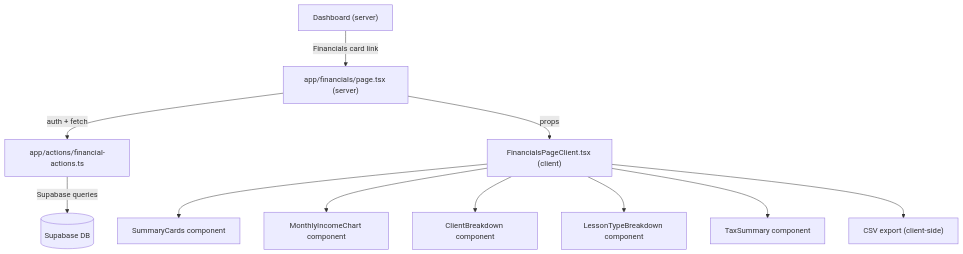
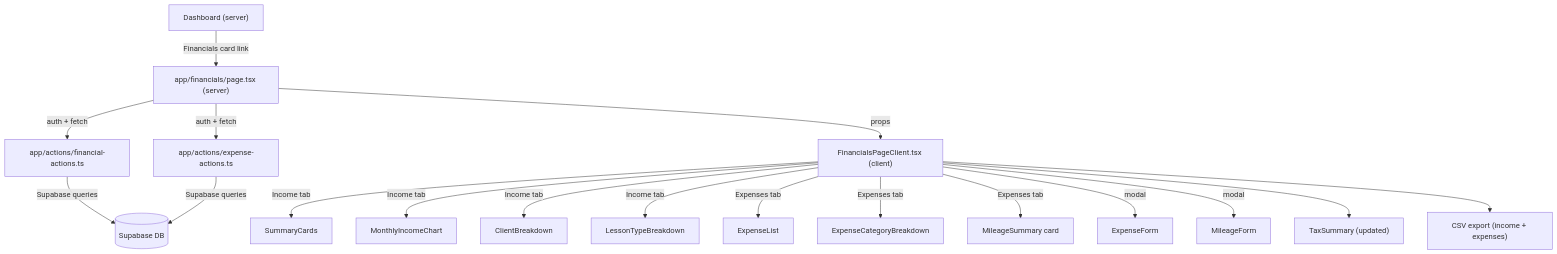
One commit to stocktonlott102/shift changed the diagram in .claude/specs/coach-financials/design.md. Above: the diagram before and after it, drawn with Mermaid. The commit also changed other lines of this file and 16 other files, not shown here.

First line of the commit message:
Add business expense tracking with mileage logging and updated tax summary

````diff
--- a/.claude/specs/coach-financials/design.md
+++ b/.claude/specs/coach-financials/design.md
@@ -13,13 +15,20 @@
 ```mermaid
 graph TD
     Dashboard["Dashboard (server)"] -->|"Financials card link"| FinPage["app/financials/page.tsx (server)"]
     FinPage -->|auth + fetch| SA["app/actions/financial-actions.ts"]
+    FinPage -->|auth + fetch| EA["app/actions/expense-actions.ts"]
     SA -->|Supabase queries| DB[(Supabase DB)]
+    EA -->|Supabase queries| DB
     FinPage -->|props| Client["FinancialsPageClient.tsx (client)"]
-    Client --> SummaryCards["SummaryCards component"]
-    Client --> MonthlyChart["MonthlyIncomeChart component"]
-    Client --> ClientBreakdown["ClientBreakdown component"]
-    Client --> LessonTypeBreakdown["LessonTypeBreakdown component"]
-    Client --> TaxSummary["TaxSummary component"]
-    Client --> CSVExport["CSV export (client-side)"]
+    Client -->|"Income tab"| SummaryCards["SummaryCards"]
+    Client -->|"Income tab"| MonthlyChart["MonthlyIncomeChart"]
+    Client -->|"Income tab"| ClientBreakdown["ClientBreakdown"]
+    Client -->|"Income tab"| LessonTypeBreakdown["LessonTypeBreakdown"]
+    Client -->|"Expenses tab"| ExpenseList["ExpenseList"]
+    Client -->|"Expenses tab"| ExpenseCategoryBreakdown["ExpenseCategoryBreakdown"]
+    Client -->|"Expenses tab"| MileageSummary["MileageSummary card"]
+    Client -->|"modal"| ExpenseForm["ExpenseForm"]
+    Client -->|"modal"| MileageForm["MileageForm"]
+    Client --> TaxSummary["TaxSummary (updated)"]
+    Client --> CSVExport["CSV export (income + expenses)"]
 ```
````
